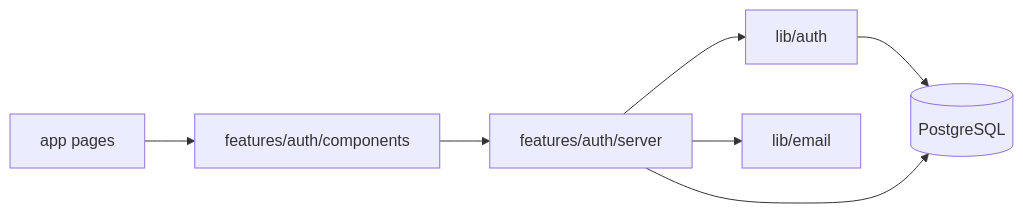
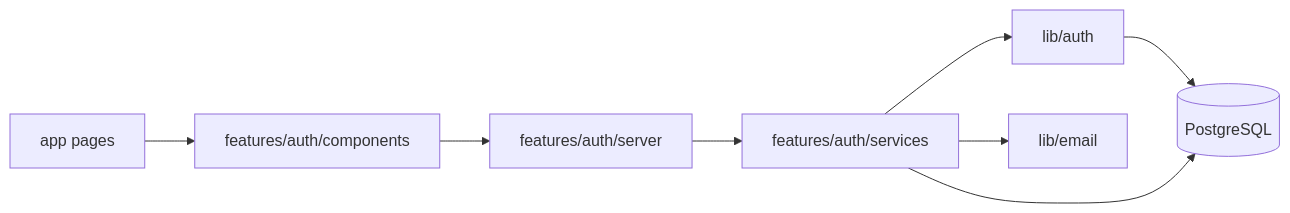
One commit to TylerAkins/k-visa-assistant changed the diagram in docs/auth.md. Above: the diagram before and after it, drawn with Mermaid. The commit also changed other lines of this file and 35 other files, not shown here.

````diff
--- a/docs/auth.md
+++ b/docs/auth.md
@@ -7,9 +7,10 @@
 ```mermaid
 flowchart LR
   Pages[app pages] --> Components[features/auth/components]
   Components --> Actions[features/auth/server]
-  Actions --> LibAuth[lib/auth]
-  Actions --> LibEmail[lib/email]
+  Actions --> Services[features/auth/services]
+  Services --> LibAuth[lib/auth]
+  Services --> LibEmail[lib/email]
   LibAuth --> DB[(PostgreSQL)]
-  Actions --> DB
+  Services --> DB
 ```
````
